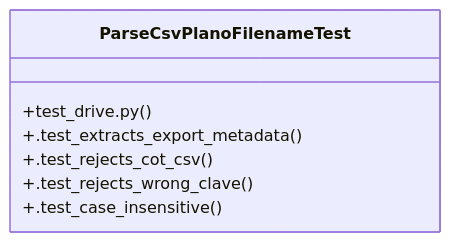
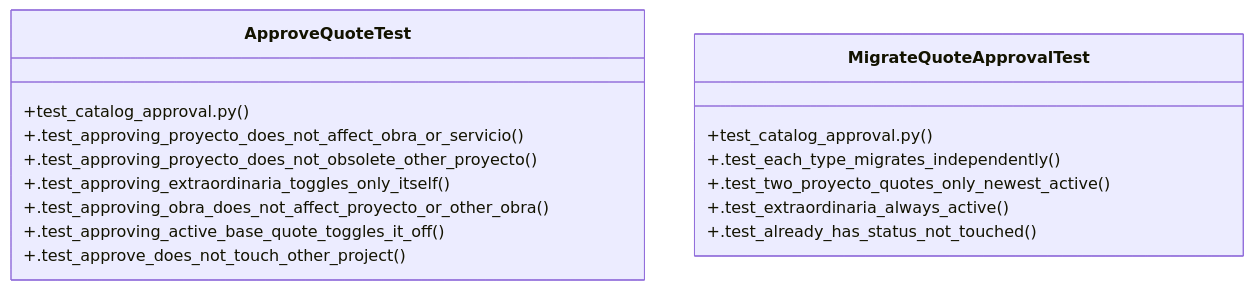
One commit to Daftrick/ProjectTracker changed the diagram in graphify-out/wiki/Community_23.md. Above: the diagram before and after it, drawn with Mermaid. The commit also changed other lines of this file and 495 other files, not shown here.

````diff
--- a/graphify-out/wiki/Community_23.md
+++ b/graphify-out/wiki/Community_23.md
@@ -26,10 +29,19 @@
 ```mermaid
 classDiagram
-    class ParseCsvPlanoFilenameTest {
-        +test_drive.py()
-        +.test_extracts_export_metadata()
-        +.test_rejects_cot_csv()
-        +.test_rejects_wrong_clave()
-        +.test_case_insensitive()
+    class ApproveQuoteTest {
+        +test_catalog_approval.py()
+        +.test_approving_proyecto_does_not_affect_obra_or_servicio()
+        +.test_approving_proyecto_does_not_obsolete_other_proyecto()
+        +.test_approving_extraordinaria_toggles_only_itself()
+        +.test_approving_obra_does_not_affect_proyecto_or_other_obra()
+        +.test_approving_active_base_quote_toggles_it_off()
+        +.test_approve_does_not_touch_other_project()
+    }
+    class MigrateQuoteApprovalTest {
+        +test_catalog_approval.py()
+        +.test_each_type_migrates_independently()
+        +.test_two_proyecto_quotes_only_newest_active()
+        +.test_extraordinaria_always_active()
+        +.test_already_has_status_not_touched()
     }
 ```
````
